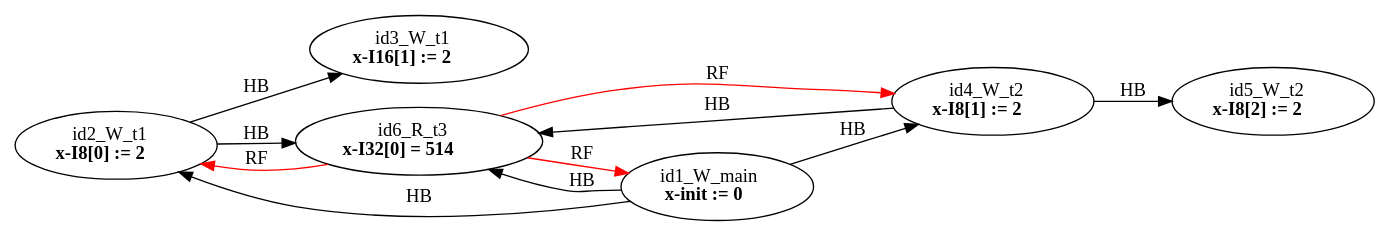
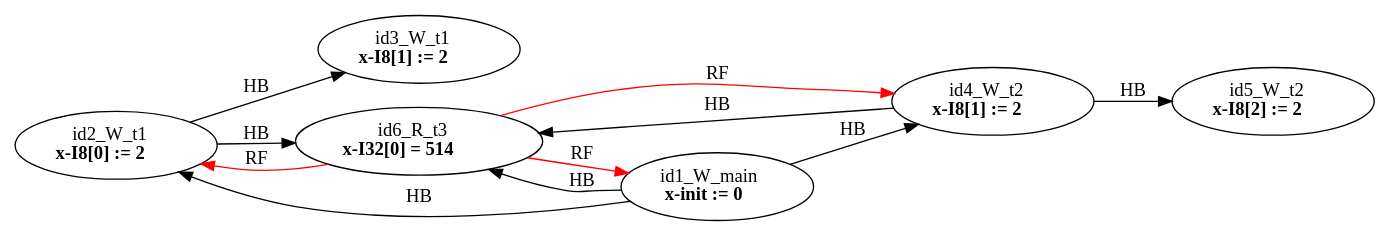
Before and after one commit to FMJS/EMME: the diagram in examples/single_var/param/sv_p_simple02/param09/mm8.dot, drawn with Graphviz. The commit also changed 221 other files, not shown here.

```diff
--- a/examples/single_var/param/sv_p_simple02/param09/mm8.dot
+++ b/examples/single_var/param/sv_p_simple02/param09/mm8.dot
@@ -1,20 +1,20 @@
 digraph memory_model {
 rankdir=LR;
 splines=true; esep=0.5;
 id2_W_t1 -> id3_W_t1 [label = "HB", color="black"];
 id4_W_t2 -> id5_W_t2 [label = "HB", color="black"];
 id1_W_main -> id2_W_t1 [label = "HB", color="black"];
 id1_W_main -> id4_W_t2 [label = "HB", color="black"];
 id1_W_main -> id6_R_t3 [label = "HB", color="black"];
 id2_W_t1 -> id6_R_t3 [label = "HB", color="black"];
 id4_W_t2 -> id6_R_t3 [label = "HB", color="black"];
 id6_R_t3 -> id1_W_main [label = "RF", color="red"];
 id6_R_t3 -> id2_W_t1 [label = "RF", color="red"];
 id6_R_t3 -> id4_W_t2 [label = "RF", color="red"];
 id1_W_main [label=<id1_W_main<br/><B>x-init := 0</B>>, pos="5.0,4!"]
 id2_W_t1 [label=<id2_W_t1<br/><B>x-I8[0] := 2</B>>, pos="0,2!"]
-id3_W_t1 [label=<id3_W_t1<br/><B>x-I16[1] := 2</B>>, pos="0,0!"]
+id3_W_t1 [label=<id3_W_t1<br/><B>x-I8[1] := 2</B>>, pos="0,0!"]
 id4_W_t2 [label=<id4_W_t2<br/><B>x-I8[1] := 2</B>>, pos="5,2!"]
 id5_W_t2 [label=<id5_W_t2<br/><B>x-I8[2] := 2</B>>, pos="5,0!"]
 id6_R_t3 [label=<id6_R_t3<br/><B>x-I32[0] = 514</B>>, pos="10,2!"]
 }
```
